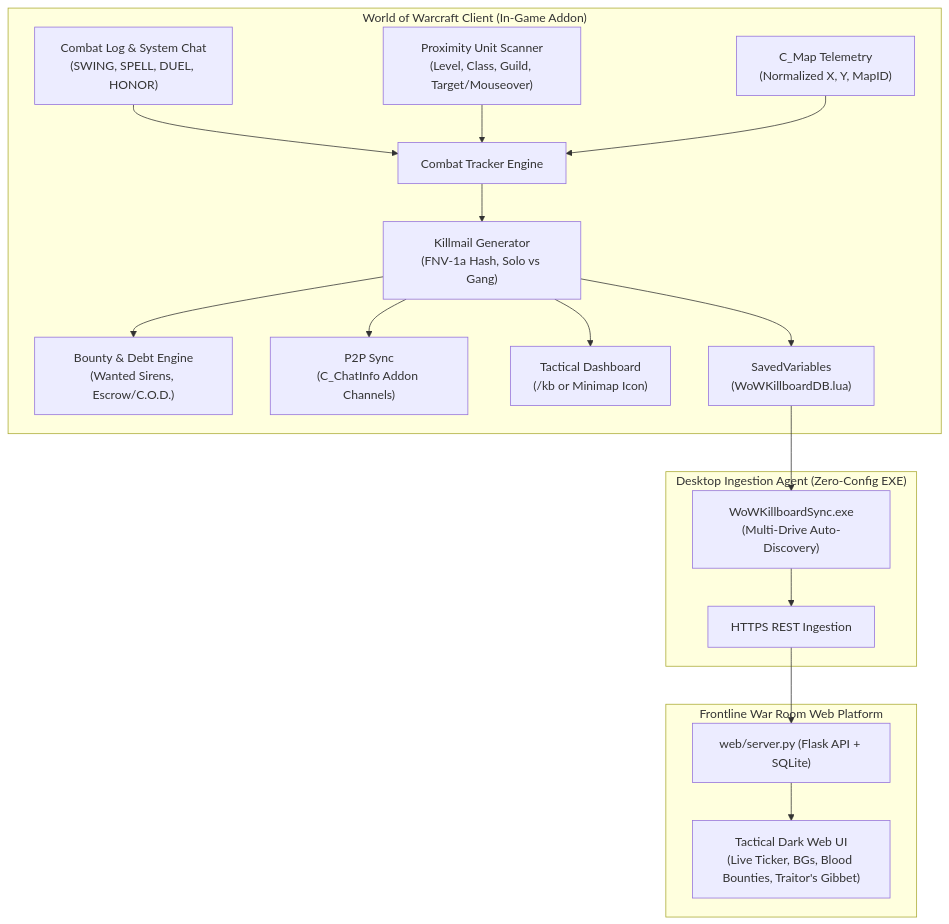
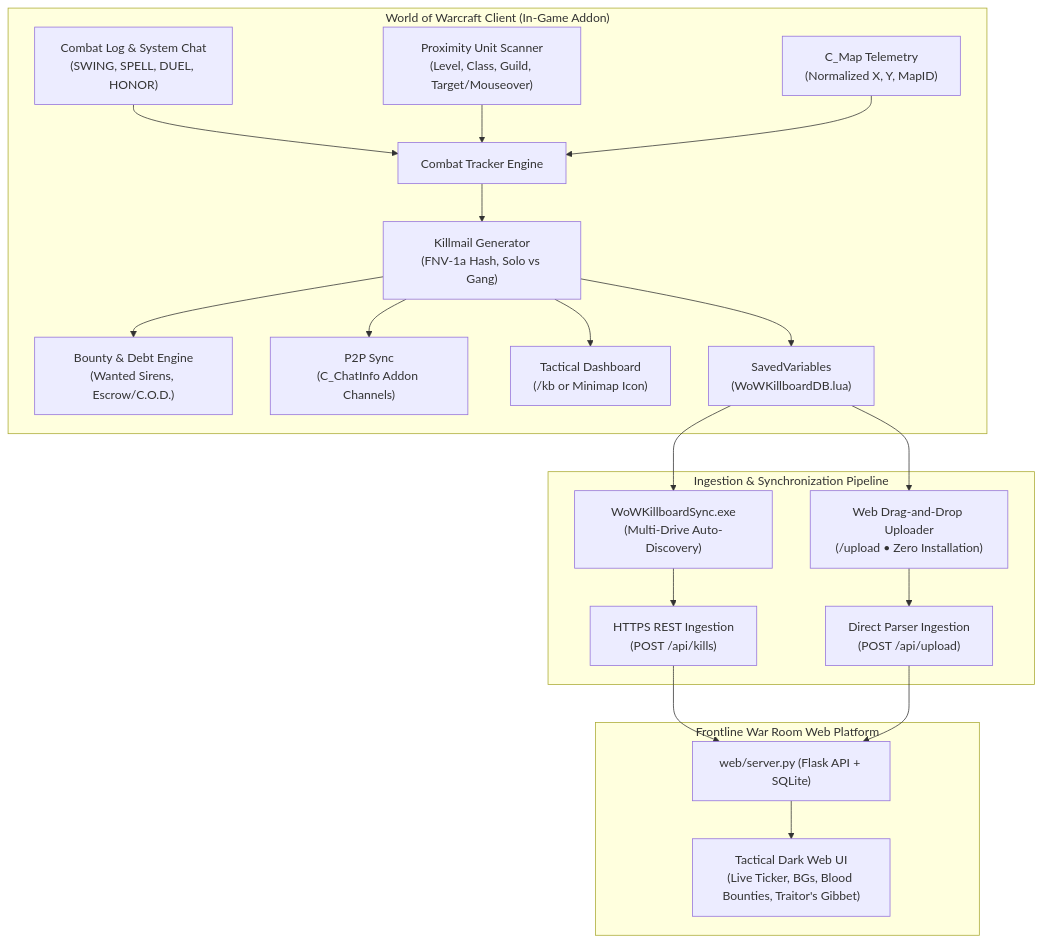
Before and after one commit to dagariane-commits/WoW_Killboard: the diagram in README.md, drawn with Mermaid. The commit also changed 11 other files, not shown here.

Commit message:
feat: web drag-and-drop uploader, admin reset protocol, and authentic classic dialog parchment UI overhaul

````diff
--- a/README.md
+++ b/README.md
@@ -34,23 +34,26 @@
 ```mermaid
 flowchart TD
     subgraph Client ["World of Warcraft Client (In-Game Addon)"]
         CL["Combat Log & System Chat\n(SWING, SPELL, DUEL, HONOR)"] --> CT["Combat Tracker Engine"]
         US["Proximity Unit Scanner\n(Level, Class, Guild, Target/Mouseover)"] --> CT
         GPS["C_Map Telemetry\n(Normalized X, Y, MapID)"] --> CT
         CT --> KM["Killmail Generator\n(FNV-1a Hash, Solo vs Gang)"]
         KM --> BE["Bounty & Debt Engine\n(Wanted Sirens, Escrow/C.O.D.)"]
         KM --> P2P["P2P Sync\n(C_ChatInfo Addon Channels)"]
         KM --> IGUI["Tactical Dashboard\n(/kb or Minimap Icon)"]
         KM --> SV["SavedVariables\n(WoWKillboardDB.lua)"]
     end
 
-    subgraph Desktop ["Desktop Ingestion Agent (Zero-Config EXE)"]
+    subgraph Ingestion ["Ingestion & Synchronization Pipeline"]
         SV --> Watcher["WoWKillboardSync.exe\n(Multi-Drive Auto-Discovery)"]
-        Watcher --> API["HTTPS REST Ingestion"]
+        SV --> WebDrop["Web Drag-and-Drop Uploader\n(/upload • Zero Installation)"]
+        Watcher --> API["HTTPS REST Ingestion\n(POST /api/kills)"]
+        WebDrop --> API2["Direct Parser Ingestion\n(POST /api/upload)"]
     end
 
     subgraph Web ["Frontline War Room Web Platform"]
         API --> Server["web/server.py (Flask API + SQLite)"]
+        API2 --> Server
         Server --> WebUI["Tactical Dark Web UI\n(Live Ticker, BGs, Blood Bounties, Traitor's Gibbet)"]
     end
 ```
````
